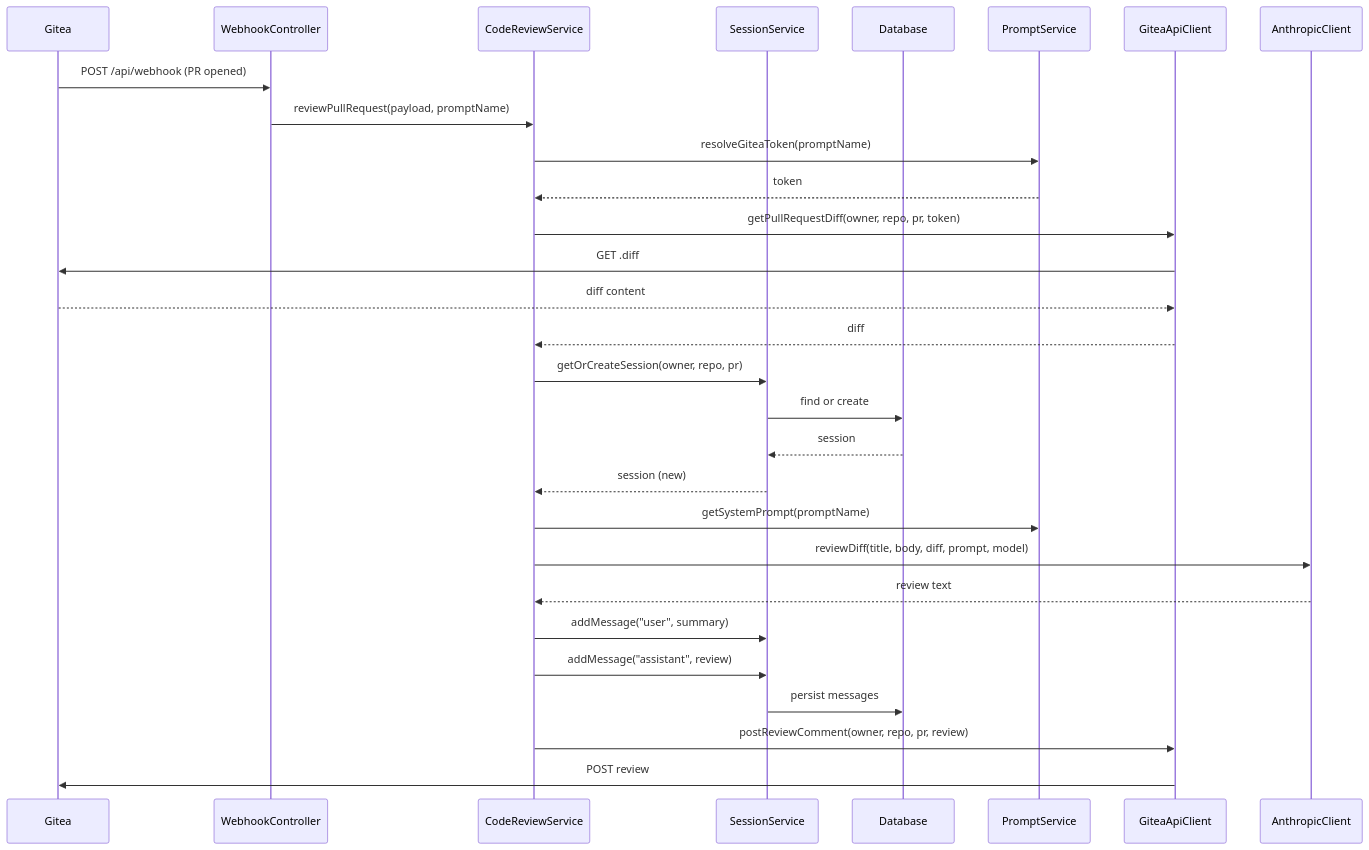
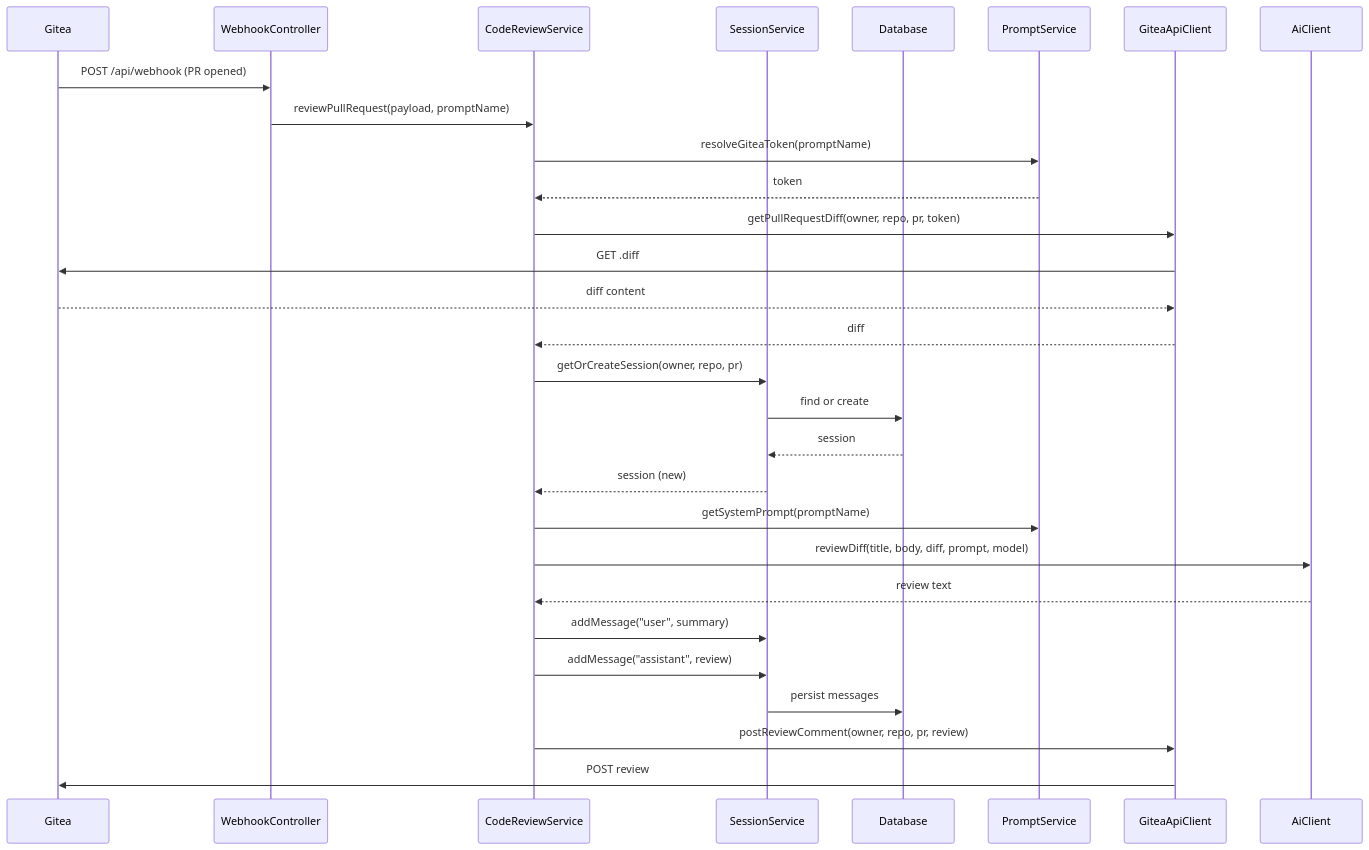
The third of 12 diagrams in doc/ARCHITECTURE.md (tmseidel/ai-gitea-bot), drawn with Mermaid before and after one commit. The commit also changed other lines of this file and 11 other files, not shown here.

````diff
--- a/doc/ARCHITECTURE.md
+++ b/doc/ARCHITECTURE.md
@@ -170,32 +232,32 @@
 ```mermaid
 sequenceDiagram
     participant Gitea
     participant Controller as WebhookController
     participant Review as CodeReviewService
     participant Session as SessionService
     participant DB as Database
     participant Prompt as PromptService
     participant GiteaAPI as GiteaApiClient
-    participant Claude as AnthropicClient
+    participant AI as AiClient
 
     Gitea->>Controller: POST /api/webhook (PR opened)
     Controller->>Review: reviewPullRequest(payload, promptName)
     Review->>Prompt: resolveGiteaToken(promptName)
     Prompt-->>Review: token
     Review->>GiteaAPI: getPullRequestDiff(owner, repo, pr, token)
     GiteaAPI->>Gitea: GET .diff
     Gitea-->>GiteaAPI: diff content
     GiteaAPI-->>Review: diff
     Review->>Session: getOrCreateSession(owner, repo, pr)
     Session->>DB: find or create
     DB-->>Session: session
     Session-->>Review: session (new)
     Review->>Prompt: getSystemPrompt(promptName)
-    Review->>Claude: reviewDiff(title, body, diff, prompt, model)
-    Claude-->>Review: review text
+    Review->>AI: reviewDiff(title, body, diff, prompt, model)
+    AI-->>Review: review text
     Review->>Session: addMessage("user", summary)
     Review->>Session: addMessage("assistant", review)
     Session->>DB: persist messages
     Review->>GiteaAPI: postReviewComment(owner, repo, pr, review)
     GiteaAPI->>Gitea: POST review
 ```
````
